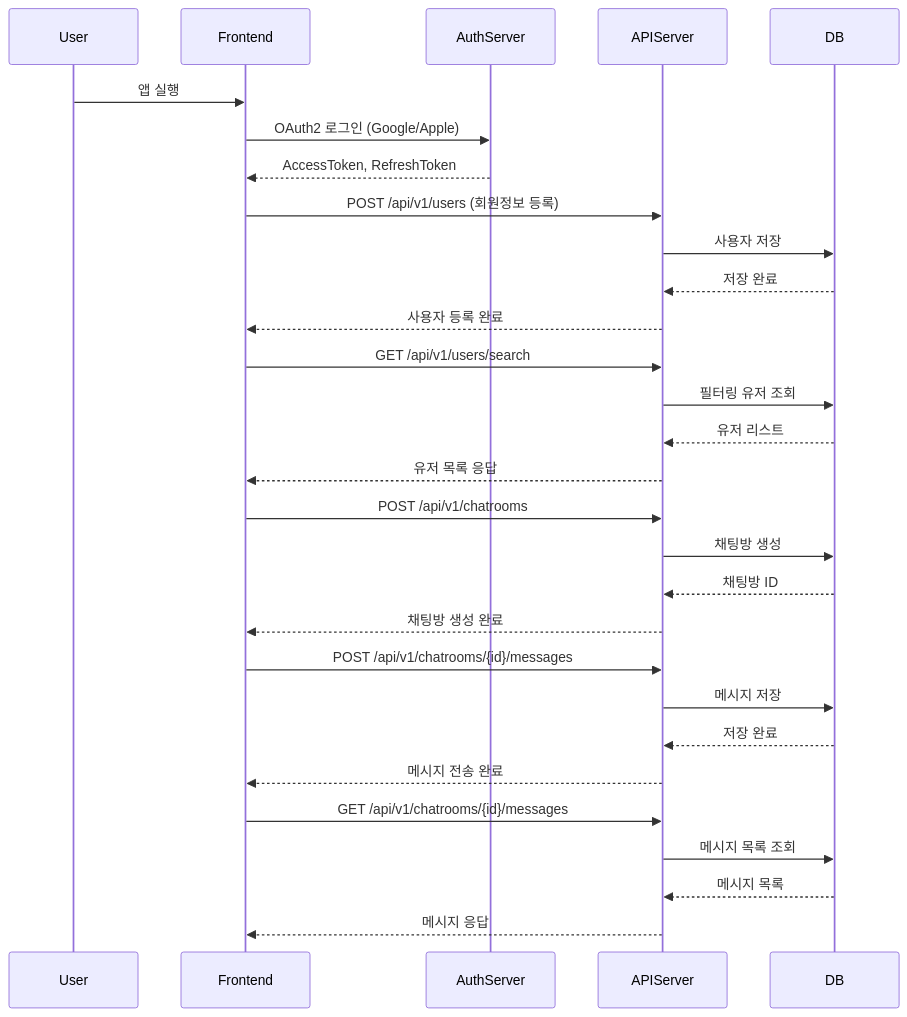
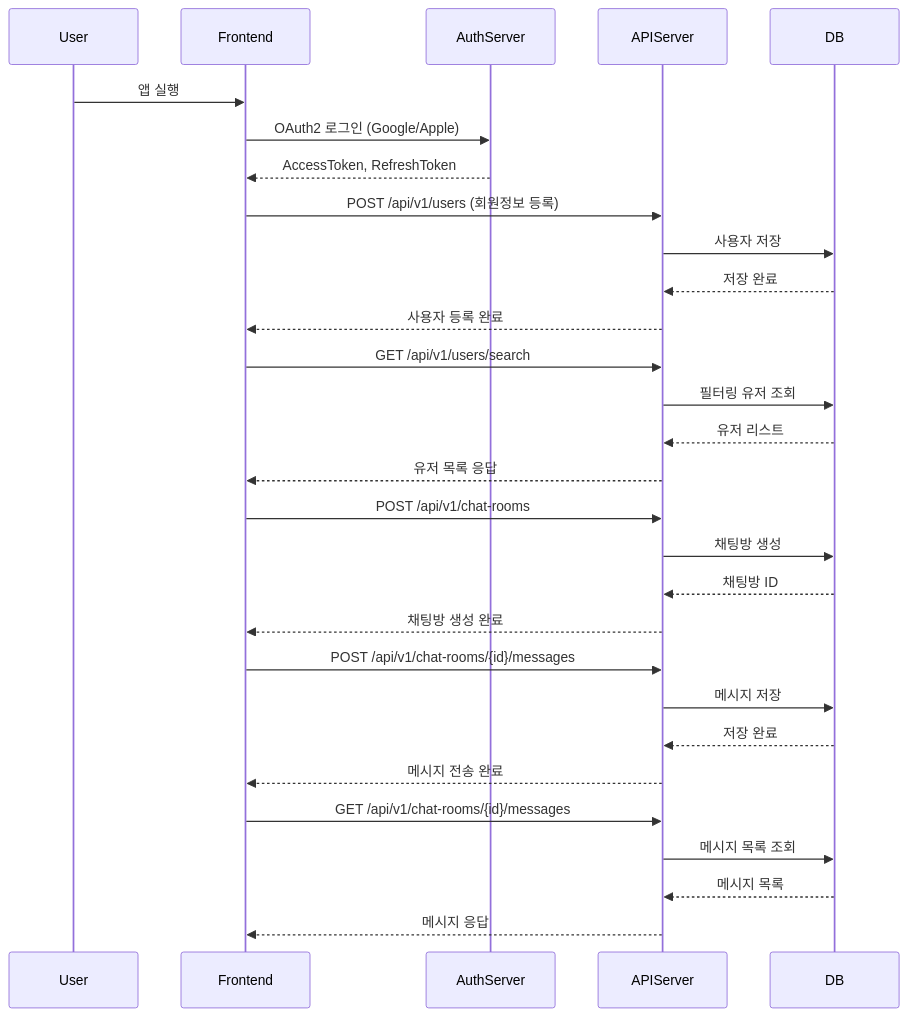
The diagram in docs/채팅-시나리오-시퀀스-다이어그램.md (JunHyeokSeo/anonymous-chat), drawn with Mermaid before and after one commit. The commit also changed 15 other files, not shown here.

````diff
--- a/docs/채팅-시나리오-시퀀스-다이어그램.md
+++ b/docs/채팅-시나리오-시퀀스-다이어그램.md
@@ -1,38 +1,38 @@
 ```mermaid
 sequenceDiagram
     participant User
     participant Frontend
     participant AuthServer
     participant APIServer
     participant DB
 
     User->>Frontend: 앱 실행
     Frontend->>AuthServer: OAuth2 로그인 (Google/Apple)
     AuthServer-->>Frontend: AccessToken, RefreshToken
 
     Frontend->>APIServer: POST /api/v1/users (회원정보 등록)
     APIServer->>DB: 사용자 저장
     DB-->>APIServer: 저장 완료
     APIServer-->>Frontend: 사용자 등록 완료
 
     Frontend->>APIServer: GET /api/v1/users/search
     APIServer->>DB: 필터링 유저 조회
     DB-->>APIServer: 유저 리스트
     APIServer-->>Frontend: 유저 목록 응답
 
-    Frontend->>APIServer: POST /api/v1/chatrooms
+    Frontend->>APIServer: POST /api/v1/chat-rooms
     APIServer->>DB: 채팅방 생성
     DB-->>APIServer: 채팅방 ID
     APIServer-->>Frontend: 채팅방 생성 완료
 
-    Frontend->>APIServer: POST /api/v1/chatrooms/{id}/messages
+    Frontend->>APIServer: POST /api/v1/chat-rooms/{id}/messages
     APIServer->>DB: 메시지 저장
     DB-->>APIServer: 저장 완료
     APIServer-->>Frontend: 메시지 전송 완료
 
-    Frontend->>APIServer: GET /api/v1/chatrooms/{id}/messages
+    Frontend->>APIServer: GET /api/v1/chat-rooms/{id}/messages
     APIServer->>DB: 메시지 목록 조회
     DB-->>APIServer: 메시지 목록
     APIServer-->>Frontend: 메시지 응답
 
 ```
````
